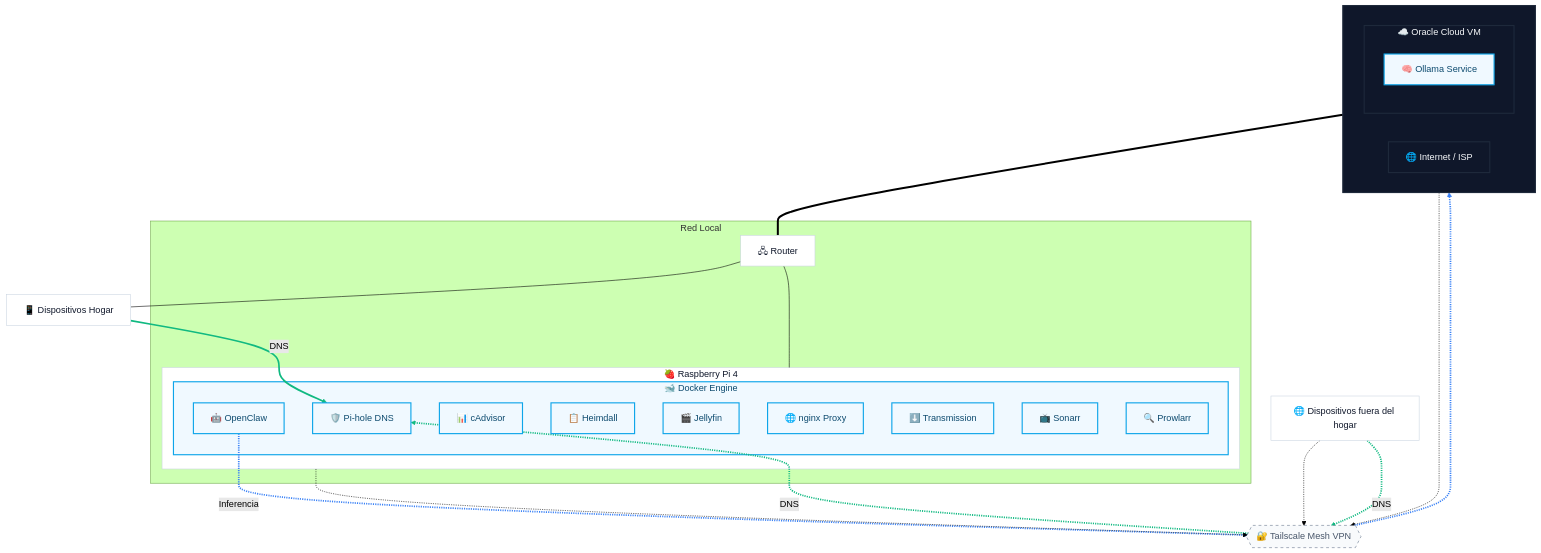
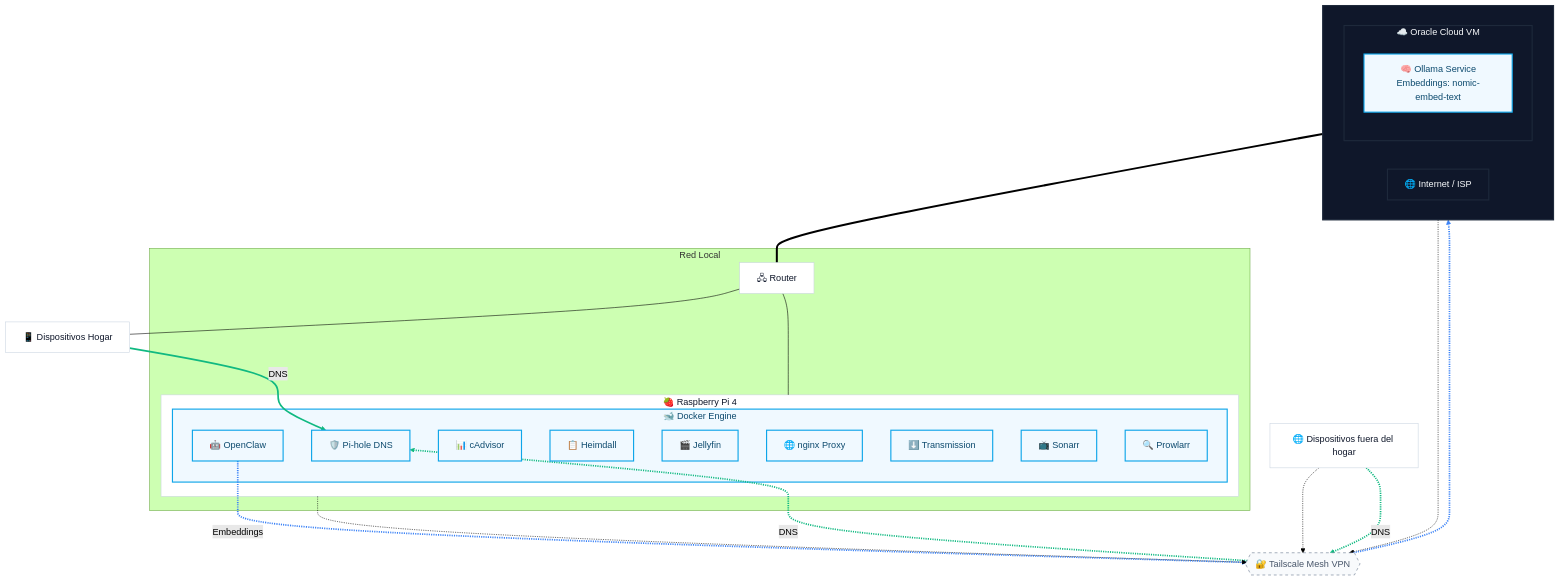
One commit to dcerbero/homelab changed the diagram in docs/ARCHITECTURE.md. Above: the diagram before and after it, drawn with Mermaid (forest theme). The commit also changed other lines of this file and 2 other files, not shown here.

````diff
--- a/docs/ARCHITECTURE.md
+++ b/docs/ARCHITECTURE.md
@@ -5,61 +5,61 @@
 ```mermaid
 graph TD
     classDef wan fill:#0f172a,stroke:#1e293b,stroke-width:2px,color:#f8fafc;
     classDef node fill:#ffffff,stroke:#cbd5e1,stroke-width:1px,color:#0f172a;
     classDef vpn fill:#f8fafc,stroke:#64748b,stroke-width:1px,stroke-dasharray: 5 5,color:#475569;
     classDef highlight fill:#f0f9ff,stroke:#0ea5e9,stroke-width:2px,color:#0c4a6e;
 
     subgraph WAN [ ]
         direction LR
         ISP[🌐 Internet / ISP]
         
         subgraph OCI_VM [☁️ Oracle Cloud VM]
-            Ollama[🧠 Ollama Service]
+            Ollama[🧠 Ollama Service\nEmbeddings: nomic-embed-text]
         end
     end
 
     Tailscale{{"🔐 Tailscale Mesh VPN"}}
 
     subgraph LAN [Red Local]
         Router[🖧 Router]
         subgraph Pi [🍓 Raspberry Pi 4]
             subgraph Docker [🐋 Docker Engine]
                 OpenClaw[🤖 OpenClaw]
                 PiHole[🛡️ Pi-hole DNS]
                 cAdvisor[📊 cAdvisor]
                 Heimdall[📋 Heimdall]
                 Jellyfin[🎬 Jellyfin]
                 Nginx[🌐 nginx Proxy]
                 Transmission[⬇️ Transmission]
                 Sonarr[📺 Sonarr]
                 Prowlarr[🔍 Prowlarr]
             end
         end
     end
 
     LocalDevices[📱 Dispositivos Hogar]
     RemoteNode[🌐 Dispositivos fuera del hogar]
 
     ISP === Router
     Router --- Pi
     Router --- LocalDevices
 
     Pi -.-> Tailscale
     OCI_VM -.-> Tailscale
     RemoteNode -.-> Tailscale
     
-    OpenClaw -.->|Inferencia| Tailscale
+    OpenClaw -.->|Embeddings| Tailscale
     Tailscale -.-> OCI_VM
     
     LocalDevices ==>|DNS| PiHole
     RemoteNode -.->|DNS| Tailscale
     Tailscale -.->|DNS| PiHole
 
     class WAN,ISP,OCI_VM wan;
     class Router,Pi,LocalDevices,RemoteNode node;
     class Tailscale vpn;
     class Docker,OpenClaw,PiHole,cAdvisor,Ollama,Heimdall,Jellyfin,Nginx,Transmission,Sonarr,Prowlarr highlight;
 
     linkStyle 6,7 stroke:#3b82f6,stroke-width:3px;
     linkStyle 8,9,10 stroke:#10b981,stroke-width:3px;
 ```
````
